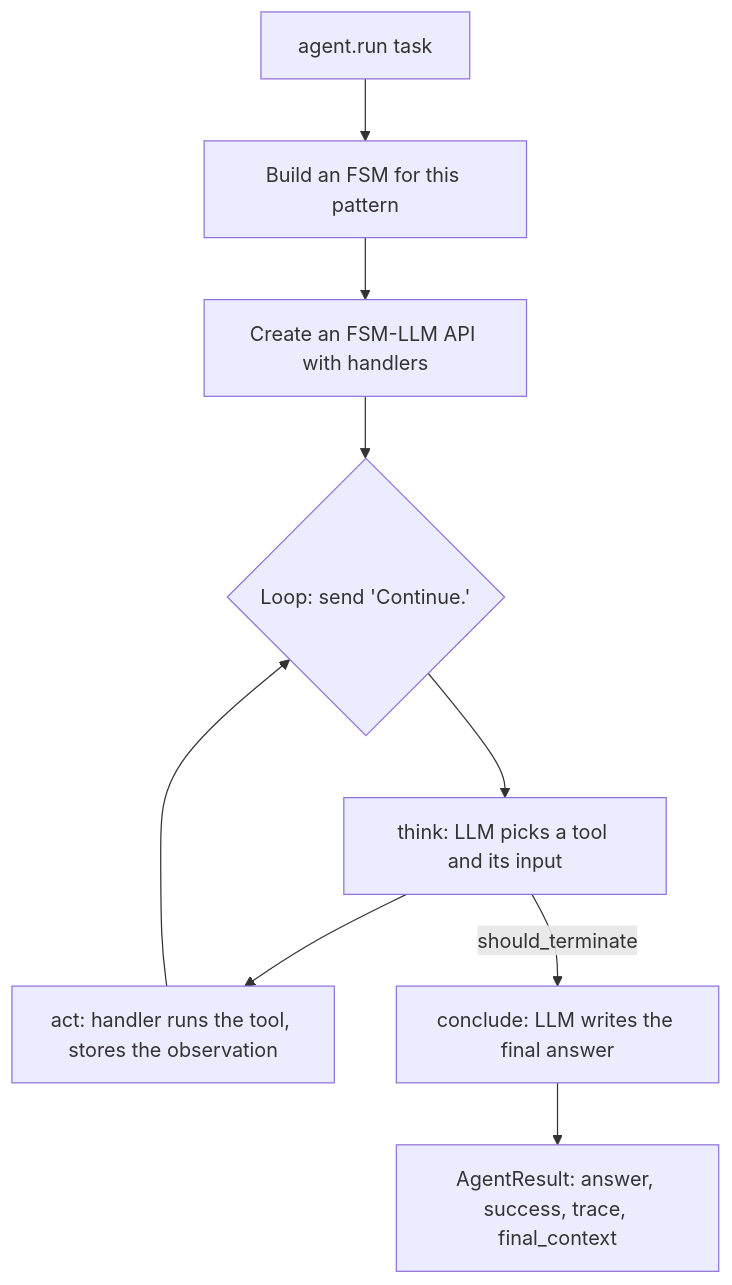
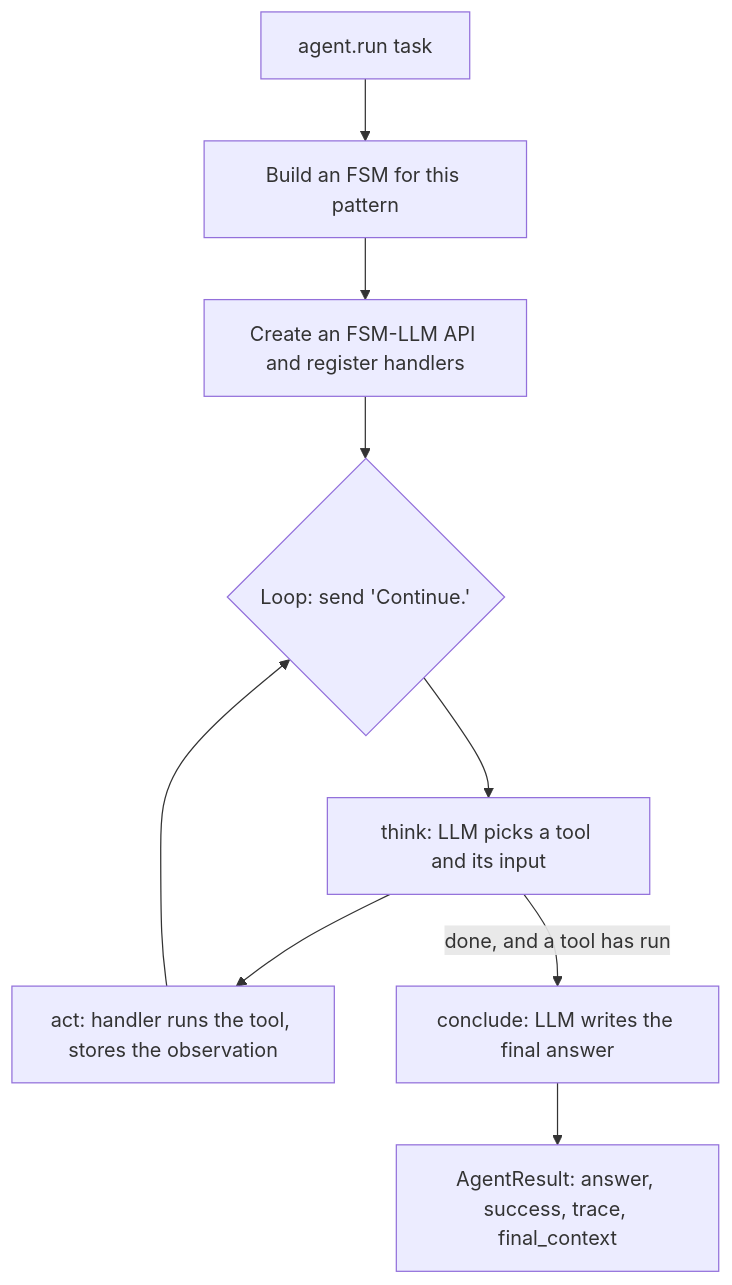
Before and after one commit to NikolasMarkou/fsm_llm: the diagram in src/fsm_llm/agents/README.md, drawn with Mermaid. The commit also changed other lines of this file and 49 other files, not shown here.

````diff
--- a/src/fsm_llm/agents/README.md
+++ b/src/fsm_llm/agents/README.md
@@ -11,11 +11,11 @@
 ```mermaid
 flowchart TD
     T[agent.run task] --> B[Build an FSM for this pattern]
-    B --> A[Create an FSM-LLM API with handlers]
+    B --> A[Create an FSM-LLM API and register handlers]
     A --> L{Loop: send 'Continue.'}
     L --> TH[think: LLM picks a tool and its input]
     TH --> AC[act: handler runs the tool, stores the observation]
     AC --> L
-    TH -- should_terminate --> C[conclude: LLM writes the final answer]
+    TH -- done, and a tool has run --> C[conclude: LLM writes the final answer]
     C --> R[AgentResult: answer, success, trace, final_context]
 ```
````
